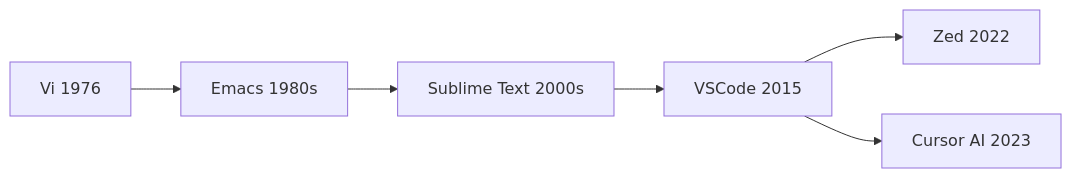
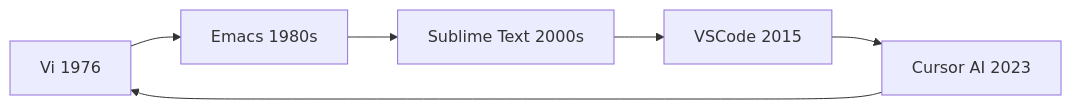
The eighth of 17 diagrams in _posts/2024-09-14-big-tech-picture.md (miklevin/MikeLev.in), drawn with Mermaid before and after one commit.

Commit message:
Better vim diagram

```diff
--- a/_posts/2024-09-14-big-tech-picture.md
+++ b/_posts/2024-09-14-big-tech-picture.md
@@ -280,8 +280,8 @@
 <div class="mermaid">
 graph LR
     Vi[Vi 1976] --> Emacs[Emacs 1980s]
     Emacs --> Sublime[Sublime Text 2000s]
     Sublime --> VSCode[VSCode 2015]
-    VSCode --> Zed[Zed 2022]
     VSCode --> CursorAI[Cursor AI 2023]
+    CursorAI --> Vi
 </div>
```
